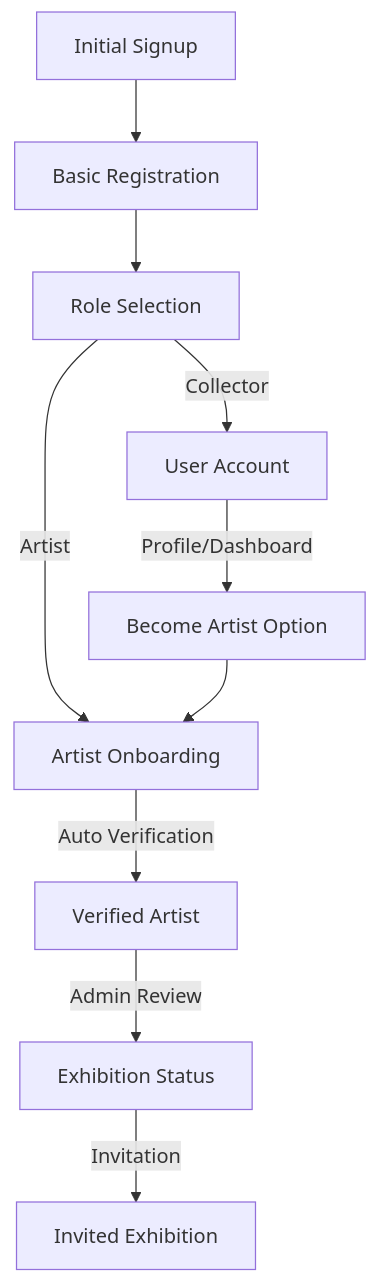
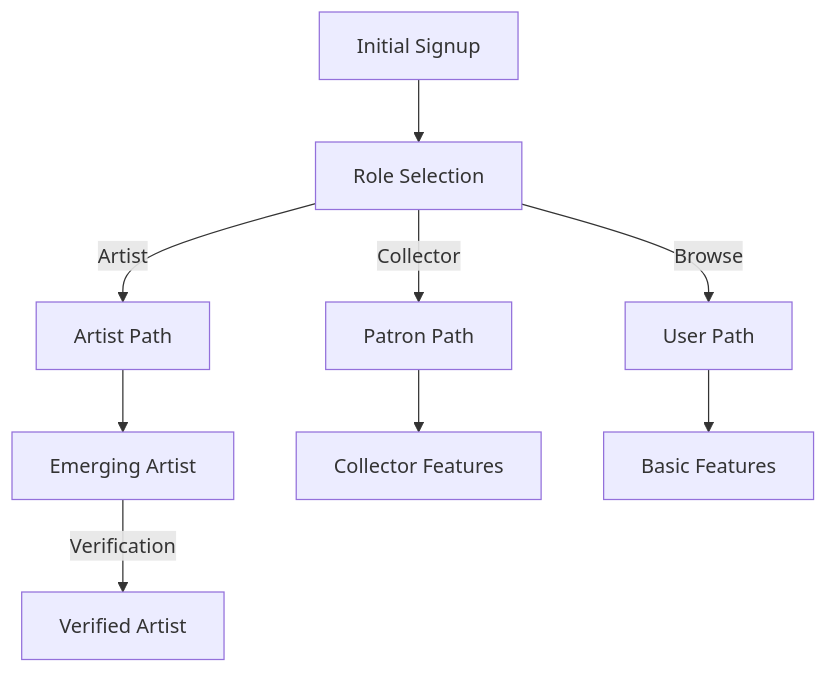
One commit to TreefortreesofDOOM/MMweb changed the diagram in mm-app/docs/implementation/role-system.md. Above: the diagram before and after it, drawn with Mermaid. The commit also changed other lines of this file and 44 other files, not shown here.

Commit message:
ai: got the unified-ai working. integrated bio-extractor. added patron role.

````diff
--- a/mm-app/docs/implementation/role-system.md
+++ b/mm-app/docs/implementation/role-system.md
@@ -101,12 +75,11 @@
 ```mermaid
 graph TD
-    A[Initial Signup] --> B[Basic Registration]
-    B --> C[Role Selection]
-    C -->|Collector| D[User Account]
-    C -->|Artist| E[Artist Onboarding]
-    D -->|Profile/Dashboard| F[Become Artist Option]
-    F --> E
-    E -->|Auto Verification| G[Verified Artist]
-    G -->|Admin Review| H[Exhibition Status]
-    H -->|Invitation| I[Invited Exhibition]
+    A[Initial Signup] --> B[Role Selection]
+    B -->|Artist| C[Artist Path]
+    B -->|Collector| D[Patron Path]
+    B -->|Browse| E[User Path]
+    C --> F[Emerging Artist]
+    F -->|Verification| G[Verified Artist]
+    D --> H[Collector Features]
+    E --> I[Basic Features]
 ```
````
